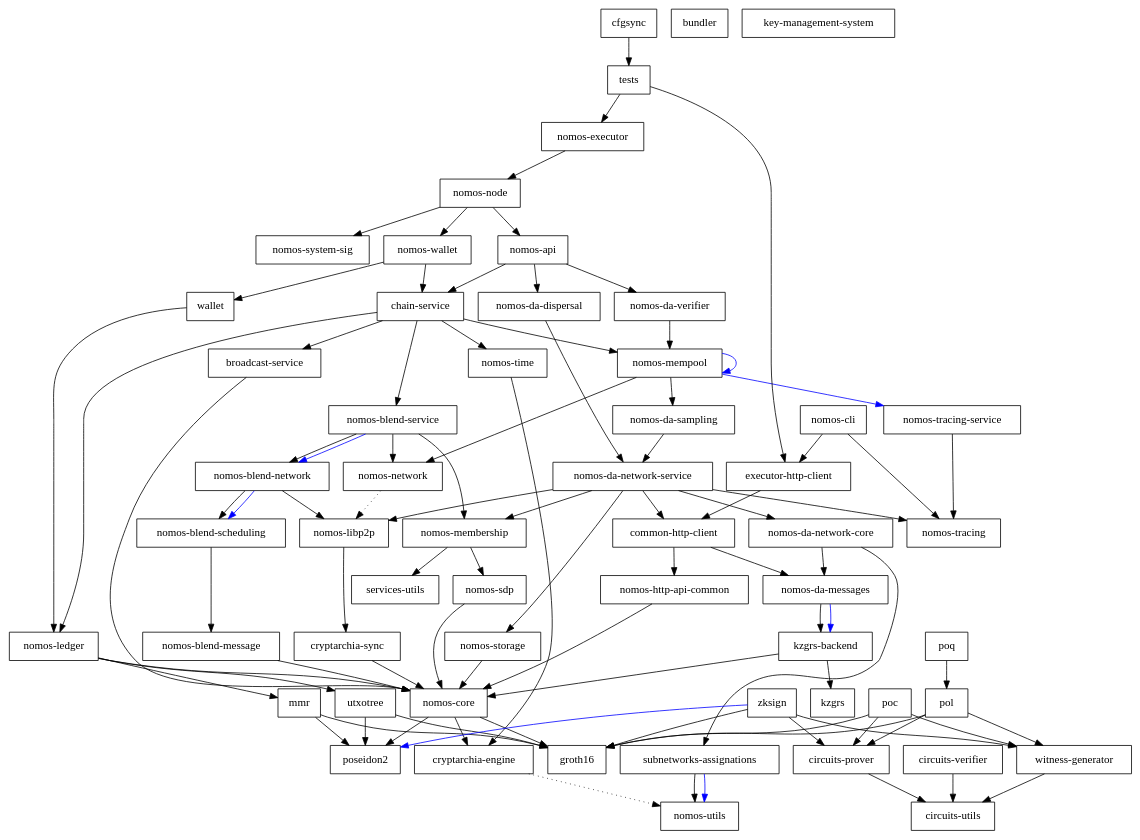
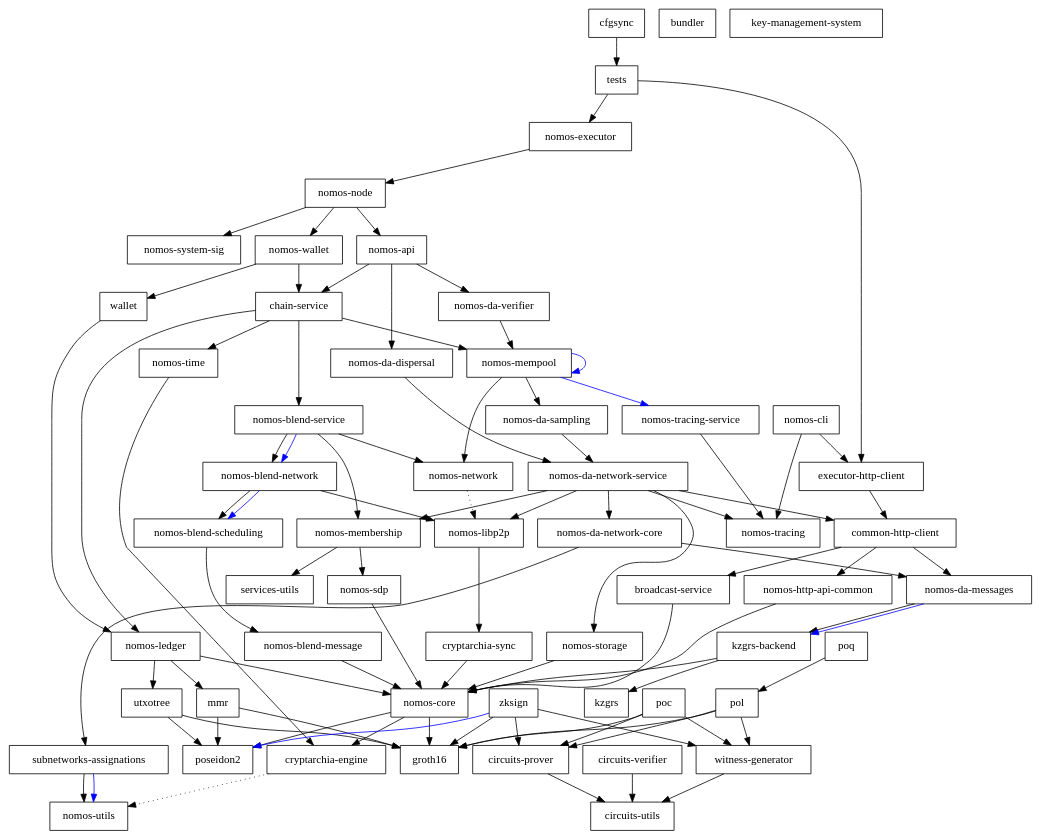
The diagram in dependencies_graph.dot (Astro521/logos-blockchain), drawn with Graphviz before and after one commit. The commit also changed 14 other files, not shown here.

```diff
--- a/dependencies_graph.dot
+++ b/dependencies_graph.dot
@@ -1,147 +1,147 @@
 digraph {
     0 [ label = "cryptarchia-engine" shape = box]
     1 [ label = "nomos-utils" shape = box]
     2 [ label = "cryptarchia-sync" shape = box]
     3 [ label = "nomos-core" shape = box]
     4 [ label = "groth16" shape = box]
     5 [ label = "poseidon2" shape = box]
     6 [ label = "nomos-ledger" shape = box]
     7 [ label = "mmr" shape = box]
     8 [ label = "utxotree" shape = box]
     9 [ label = "nomos-http-api-common" shape = box]
     10 [ label = "nomos-executor" shape = box]
     11 [ label = "broadcast-service" shape = box]
     12 [ label = "kzgrs-backend" shape = box]
     13 [ label = "kzgrs" shape = box]
     14 [ label = "nomos-api" shape = box]
     15 [ label = "chain-service" shape = box]
     16 [ label = "nomos-blend-service" shape = box]
     17 [ label = "nomos-blend-message" shape = box]
     18 [ label = "nomos-blend-network" shape = box]
     19 [ label = "nomos-blend-scheduling" shape = box]
     20 [ label = "nomos-libp2p" shape = box]
     21 [ label = "nomos-membership" shape = box]
     22 [ label = "nomos-sdp" shape = box]
     23 [ label = "services-utils" shape = box]
     24 [ label = "nomos-network" shape = box]
     25 [ label = "nomos-da-sampling" shape = box]
     26 [ label = "nomos-da-network-core" shape = box]
     27 [ label = "nomos-da-messages" shape = box]
     28 [ label = "subnetworks-assignations" shape = box]
     29 [ label = "nomos-da-network-service" shape = box]
     30 [ label = "common-http-client" shape = box]
     31 [ label = "nomos-storage" shape = box]
     32 [ label = "nomos-tracing" shape = box]
     33 [ label = "nomos-mempool" shape = box]
     34 [ label = "nomos-tracing-service" shape = box]
     35 [ label = "nomos-time" shape = box]
     36 [ label = "nomos-da-dispersal" shape = box]
     37 [ label = "nomos-da-verifier" shape = box]
     38 [ label = "nomos-node" shape = box]
     39 [ label = "nomos-system-sig" shape = box]
     40 [ label = "nomos-wallet" shape = box]
     41 [ label = "wallet" shape = box]
     42 [ label = "executor-http-client" shape = box]
     43 [ label = "bundler" shape = box]
     44 [ label = "nomos-cli" shape = box]
     45 [ label = "key-management-system" shape = box]
     46 [ label = "cfgsync" shape = box]
     47 [ label = "tests" shape = box]
     48 [ label = "circuits-prover" shape = box]
     49 [ label = "circuits-utils" shape = box]
     50 [ label = "circuits-verifier" shape = box]
     51 [ label = "witness-generator" shape = box]
     52 [ label = "poc" shape = box]
     53 [ label = "pol" shape = box]
     54 [ label = "poq" shape = box]
     55 [ label = "zksign" shape = box]
     0 -> 1 [ style = dotted]
     2 -> 3 [ ]
     3 -> 0 [ ]
     3 -> 4 [ ]
     3 -> 5 [ ]
     6 -> 7 [ ]
     6 -> 3 [ ]
     6 -> 8 [ ]
     7 -> 4 [ ]
     7 -> 5 [ ]
     8 -> 4 [ ]
     8 -> 5 [ ]
     9 -> 3 [ ]
     10 -> 38 [ ]
     11 -> 3 [ ]
     12 -> 13 [ ]
     12 -> 3 [ ]
     14 -> 15 [ ]
     14 -> 36 [ ]
     14 -> 37 [ ]
-    15 -> 11 [ ]
     15 -> 16 [ ]
     15 -> 6 [ ]
     15 -> 33 [ ]
     15 -> 35 [ ]
     16 -> 18 [ ]
     16 -> 18 [ color = blue]
     16 -> 21 [ ]
     16 -> 24 [ ]
     17 -> 3 [ ]
     18 -> 19 [ ]
     18 -> 19 [ color = blue]
     18 -> 20 [ ]
     19 -> 17 [ ]
     20 -> 2 [ ]
     21 -> 22 [ ]
     21 -> 23 [ ]
     22 -> 3 [ ]
     24 -> 20 [ style = dotted]
     25 -> 29 [ ]
     26 -> 27 [ ]
     26 -> 28 [ ]
     27 -> 12 [ ]
     27 -> 12 [ color = blue]
     28 -> 1 [ ]
     28 -> 1 [ color = blue]
     29 -> 30 [ ]
     29 -> 26 [ ]
     29 -> 20 [ ]
     29 -> 21 [ ]
     29 -> 31 [ ]
     29 -> 32 [ ]
+    30 -> 11 [ ]
     30 -> 27 [ ]
     30 -> 9 [ ]
     31 -> 3 [ ]
     33 -> 25 [ ]
     33 -> 33 [ color = blue]
     33 -> 24 [ ]
     33 -> 34 [ color = blue]
     34 -> 32 [ ]
     35 -> 0 [ ]
     36 -> 29 [ ]
     37 -> 33 [ ]
     38 -> 14 [ ]
     38 -> 39 [ ]
     38 -> 40 [ ]
     40 -> 15 [ ]
     40 -> 41 [ ]
     41 -> 6 [ ]
     42 -> 30 [ ]
     44 -> 42 [ ]
     44 -> 32 [ ]
     46 -> 47 [ ]
     47 -> 42 [ ]
     47 -> 10 [ ]
     48 -> 49 [ ]
     50 -> 49 [ ]
     51 -> 49 [ ]
     52 -> 48 [ ]
     52 -> 4 [ ]
     52 -> 51 [ ]
     53 -> 48 [ ]
     53 -> 4 [ ]
     53 -> 51 [ ]
     54 -> 53 [ ]
     55 -> 48 [ ]
     55 -> 4 [ ]
     55 -> 5 [ color = blue]
     55 -> 51 [ ]
 }
```
